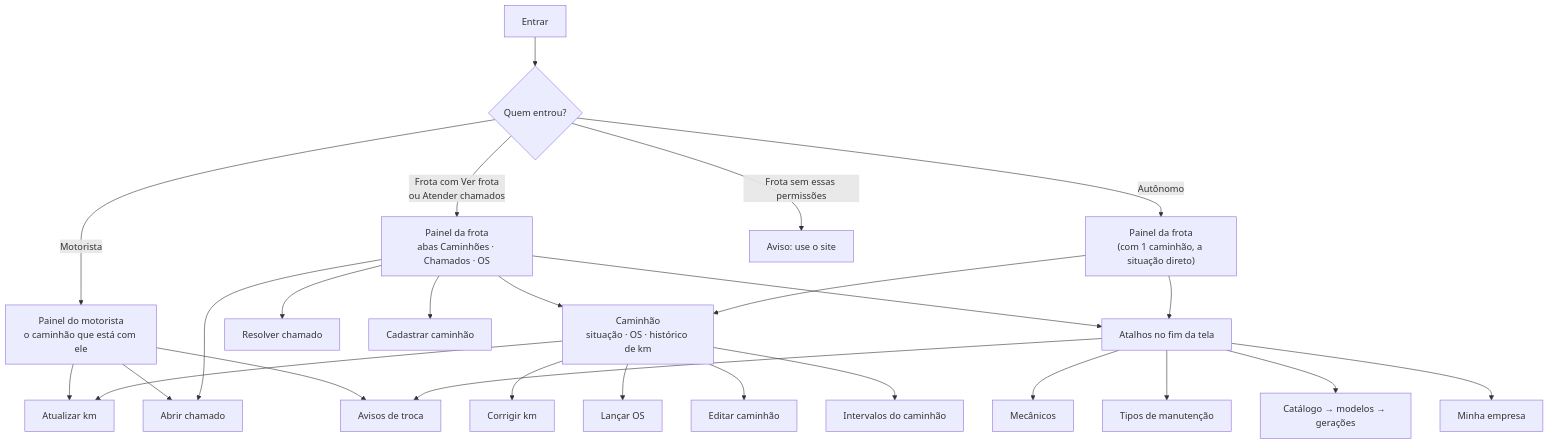
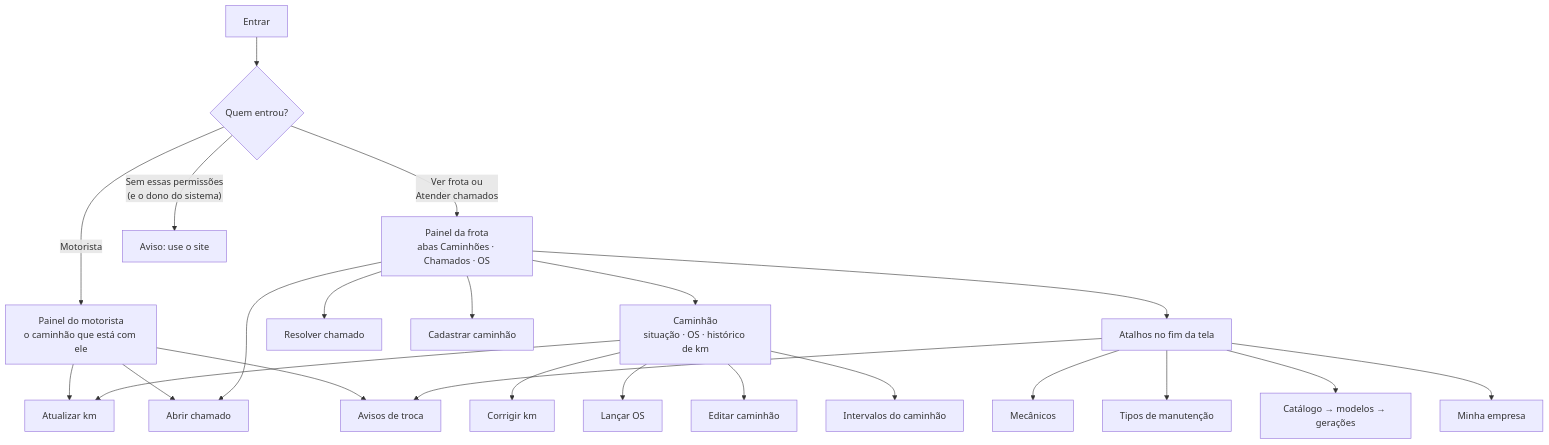
One commit to LeandroPoletti/CheckTruck changed the second of 2 diagrams in docs/telas.md. Above: the diagram before and after it, drawn with Mermaid. The commit also changed other lines of this file and 63 other files, not shown here.

````diff
--- a/docs/telas.md
+++ b/docs/telas.md
@@ -53,32 +53,29 @@
 ```mermaid
 flowchart TB
     login["Entrar"] --> inicio{"Quem entrou?"}
 
     inicio -->|Motorista| mot["Painel do motorista<br/>o caminhão que está com ele"]
-    inicio -->|"Frota com Ver frota<br/>ou Atender chamados"| frota["Painel da frota<br/>abas Caminhões · Chamados · OS"]
-    inicio -->|Autônomo| aut["Painel da frota<br/>(com 1 caminhão, a situação direto)"]
-    inicio -->|"Frota sem essas permissões"| site["Aviso: use o site"]
+    inicio -->|"Ver frota ou<br/>Atender chamados"| frota["Painel da frota<br/>abas Caminhões · Chamados · OS"]
+    inicio -->|"Sem essas permissões<br/>(e o dono do sistema)"| site["Aviso: use o site"]
 
     mot --> km["Atualizar km"]
     mot --> abrir["Abrir chamado"]
     mot --> avisos["Avisos de troca"]
 
     frota --> det["Caminhão<br/>situação · OS · histórico de km"]
-    aut --> det
     det --> km
     det --> corrigir["Corrigir km"]
     det --> lancar["Lançar OS"]
     det --> cadCam["Editar caminhão"]
     det --> ints["Intervalos do caminhão"]
     frota --> abrir
     frota --> resolver["Resolver chamado"]
     frota --> novo["Cadastrar caminhão"]
 
     frota --> atalhos["Atalhos no fim da tela"]
-    aut --> atalhos
     atalhos --> avisos
     atalhos --> mec["Mecânicos"]
     atalhos --> tipos["Tipos de manutenção"]
     atalhos --> catalogo["Catálogo → modelos → gerações"]
     atalhos --> emp["Minha empresa"]
 ```
````
